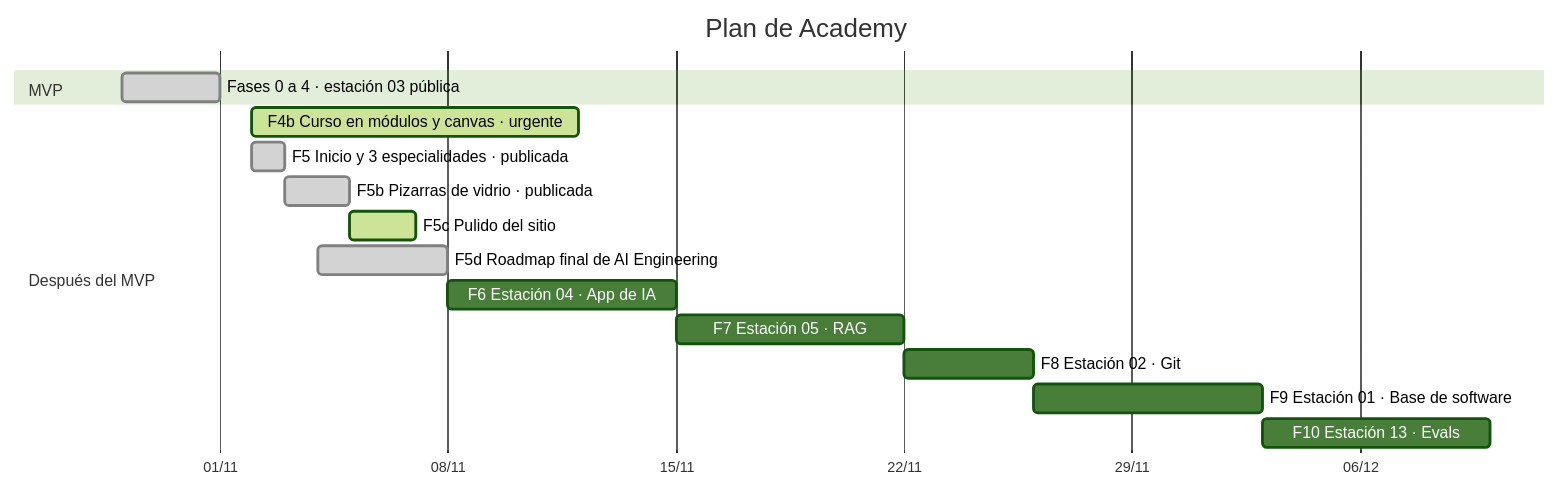
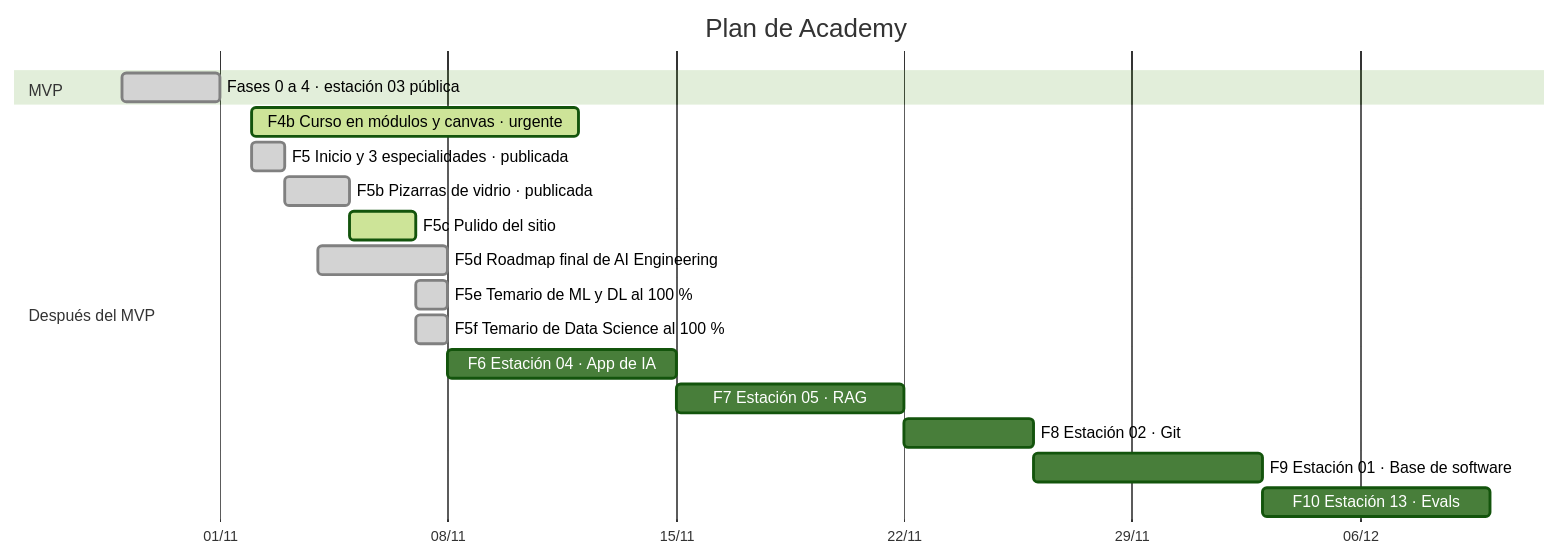
Before and after one commit to francoSW99/Academy: the diagram in AVANCE.md, drawn with Mermaid (forest theme). The commit also changed other lines of this file and 14 other files, not shown here.

First line of the commit message:
Fases 5e y 5f: temarios de ML y DL y de Data Science publicados (pedidos 92 a 105)

````diff
--- a/AVANCE.md
+++ b/AVANCE.md
@@ -66,19 +68,21 @@
 ```mermaid
 gantt
     title Plan de Academy
     dateFormat YYYY-MM-DD
     axisFormat %d/%m
     section MVP
     Fases 0 a 4 · estación 03 pública :done, mvp, 2026-10-29, 2026-11-01
     section Después del MVP
     F4b Curso en módulos y canvas · urgente :active, f4b, 2026-11-02, 10d
     F5 Inicio y 3 especialidades · publicada :done, f5, 2026-11-02, 1d
     F5b Pizarras de vidrio · publicada :done, f5b, after f5, 2d
     F5c Pulido del sitio :active, f5c, after f5b, 2d
     F5d Roadmap final de AI Engineering :done, f5d, 2026-11-04, 4d
+    F5e Temario de ML y DL al 100 % :done, f5e, 2026-11-07, 1d
+    F5f Temario de Data Science al 100 % :done, f5f, 2026-11-07, 1d
     F6 Estación 04 · App de IA :f6, after f5d, 7d
     F7 Estación 05 · RAG :f7, after f6, 7d
     F8 Estación 02 · Git :f8, after f7, 4d
     F9 Estación 01 · Base de software :f9, after f8, 7d
     F10 Estación 13 · Evals :f10, after f9, 7d
 ```
````
